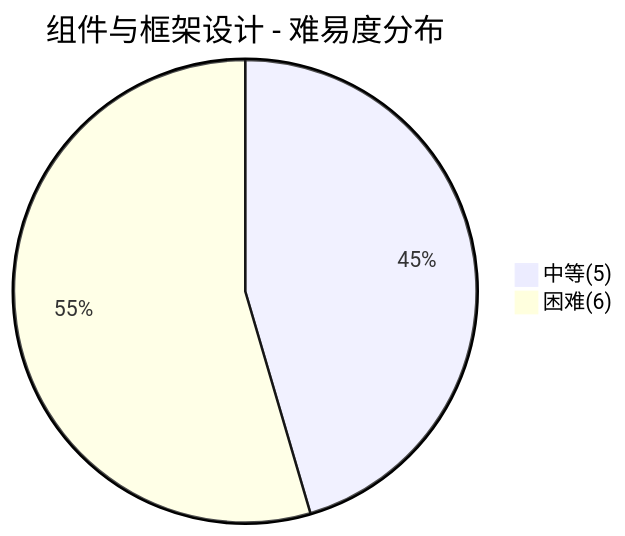
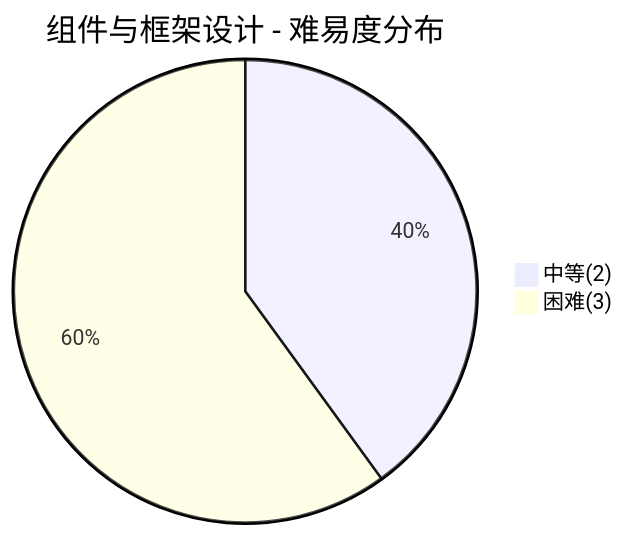
One commit to dunwu/waterdrop changed the second of 6 diagrams in docs/99.面试/设计面试.md. Above: the diagram before and after it, drawn with Mermaid. The commit also changed other lines of this file and 13 other files, not shown here.

````diff
--- a/docs/99.面试/设计面试.md
+++ b/docs/99.面试/设计面试.md
@@ -114,5 +114,5 @@
 ```mermaid
 pie title 组件与框架设计 - 难易度分布
-    "中等(5)" : 5
-    "困难(6)" : 6
+    "中等(2)" : 2
+    "困难(3)" : 3
 ```
````
